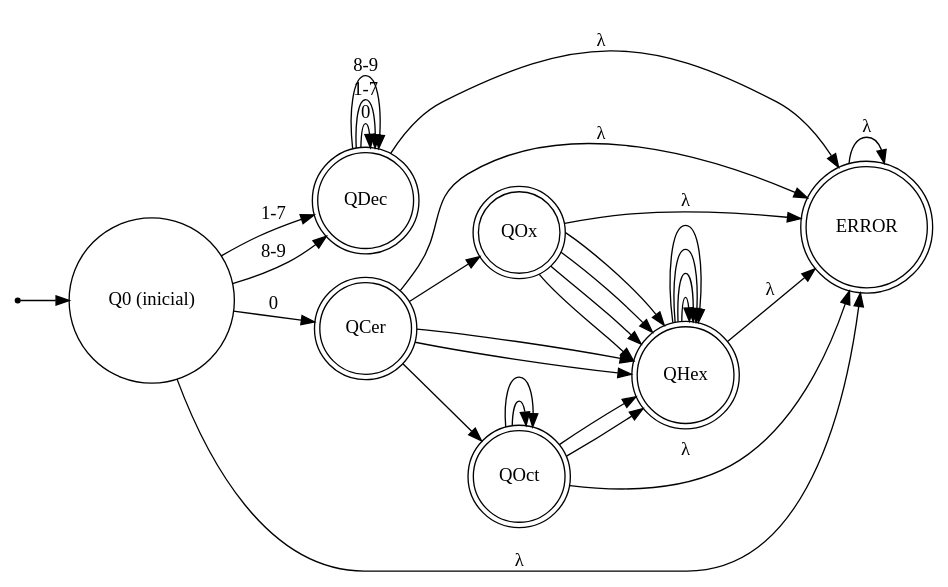
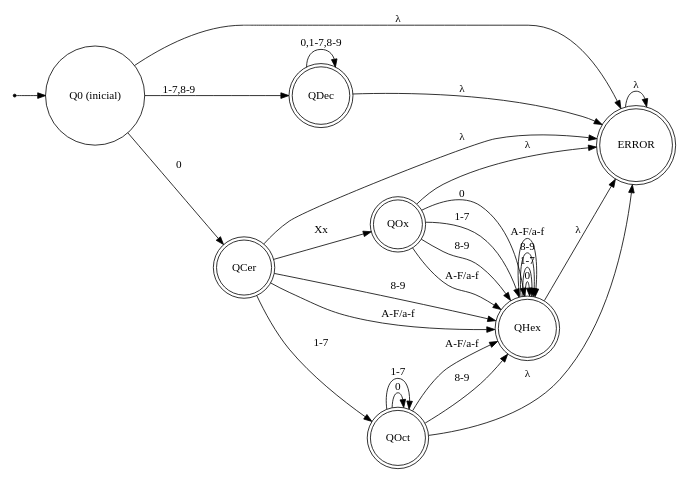
One commit to mmercedesotero/Analizador-Sint-ctico-L-xico-y-Sem-ntico changed the diagram in AFD/automataFinDet.dot. Above: the diagram before and after it, drawn with Graphviz.

Commit message:
Siguiendo la tabla -Upd AFD Grafico

```diff
--- a/AFD/automataFinDet.dot
+++ b/AFD/automataFinDet.dot
@@ -1,50 +1,48 @@
 digraph AFD { 
   rankdir=LR; 
+  size="7";
   node [shape=circle];
   Q0     [label="Q0 (inicial)"];
   QDec   [label="QDec", shape=doublecircle];
   QCer   [label="QCer", shape=doublecircle];
   QOx    [label="QOx", shape=doublecircle];
   QOct   [label="QOct", shape=doublecircle];
   QHex   [label="QHex", shape=doublecircle];
   QERROR  [label="ERROR", shape=doublecircle];
 
   inicio [shape=point];
   inicio -> Q0;
   // Q0
-  Q0 -> QDec  [label="1-7"];
-  Q0 -> QDec  [label="8-9"];
+  Q0 -> QDec  [label="1-7,8-9"];
   Q0 -> QCer  [label="0"];
   Q0 -> QERROR [label="λ"];
   // QDec
-  QDec -> QDec  [label="0"];
-  QDec -> QDec  [label="1-7"];
-  QDec -> QDec  [label="8-9"];
+  QDec -> QDec  [label="0,1-7,8-9"];
   QDec -> QERROR [label="λ"];
   // QCer
-  QCer->QOct
-  QCer->QHex
-  QCer->QOx
-  QCer->QHex
+  QCer->QOct [label="1-7"];
+  QCer->QHex [label="8-9"];
+  QCer->QOx   [label="Xx"];
+  QCer->QHex  [label="A-F/a-f"];
   QCer -> QERROR [label="λ"];
   // QOx
-  QOx->QHex
-  QOx->QHex
-  QOx->QHex
-  QOx->QHex
+  QOx->QHex [label="0"];
+  QOx->QHex [label="1-7"];
+  QOx->QHex [label="8-9"];
+  QOx->QHex [label="A-F/a-f"];
   QOx -> QERROR [label="λ"];
   // QOct
-  QOct-> QOct
-  QOct-> QOct
-  QOct-> QHex
-  QOct-> QHex
+  QOct-> QOct [label="0"];
+  QOct-> QOct [label="1-7"];
+  QOct-> QHex [label="8-9"];
+  QOct-> QHex [label="A-F/a-f"];
   QOct -> QERROR [label="λ"];
   // QHex
-  QHex-> QHex
-  QHex-> QHex
-  QHex-> QHex
-  QHex-> QHex
+  QHex-> QHex [label="0"];
+  QHex-> QHex [label="1-7"];
+  QHex-> QHex [label="8-9"];
+  QHex-> QHex [label="A-F/a-f"];
   QHex -> QERROR [label="λ"];
   // QERROR
   QERROR -> QERROR [label="λ"];
 } 
```
